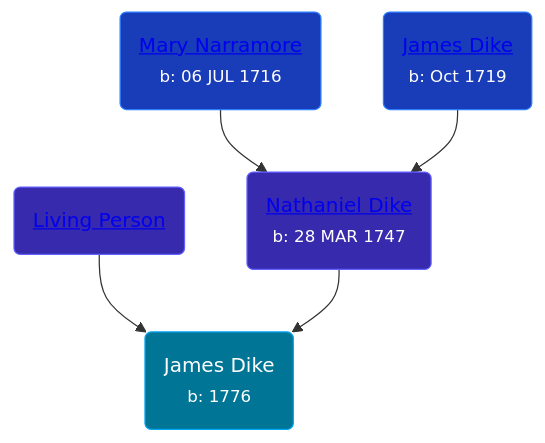
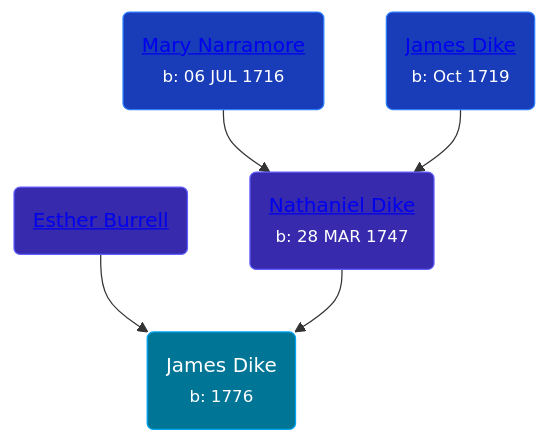
The diagram in pages/people/4/45570704.md (wpmgotkh/wpmgotkh.github.io), drawn with Mermaid before and after one commit. The commit also changed other lines of this file and 586 other files, not shown here.

Commit message:
feat: better shouldConsiderPersonLiving algo

````diff
--- a/pages/people/4/45570704.md
+++ b/pages/people/4/45570704.md
@@ -11,11 +11,11 @@
 ```mermaid
 graph
 classDef grands fill:#193cb8,stroke:#2b7fff,stroke-width:1px,color:#fff;
 classDef parents fill:#372aac,stroke:#615fff,stroke-width:1px,color:#fff;
 classDef primary fill:#007595,stroke:#00a6f4,stroke-width:1px,color:#fff;
 45570704(James Dike<br /><small>b: 1776</small>):::primary
-66432130(<a class="text-white" href="/people/6/66432130">Living Person</a>):::parents-->45570704
+66432130(<a class="text-white" href="/people/6/66432130">Esther Burrell</a>):::parents-->45570704
 36914917(<a class="text-white" href="/people/3/36914917">Nathaniel Dike</a><br /><small>b: 28 MAR 1747</small>):::parents-->45570704
 34713515(<a class="text-white" href="/people/3/34713515">Mary Narramore</a><br /><small>b: 06 JUL 1716</small>):::grands-->36914917
 20400692(<a class="text-white" href="/people/2/20400692">James Dike</a><br /><small>b: Oct 1719</small>):::grands-->36914917
 ```
````
